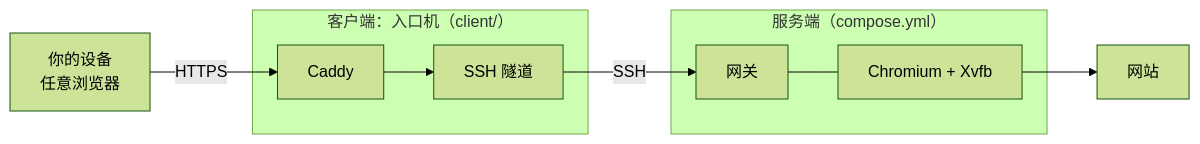
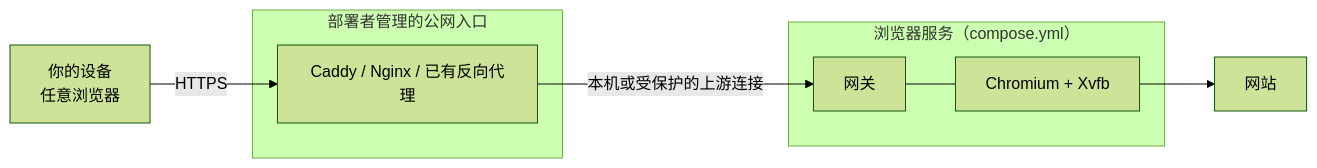
One commit to NotDesigned/remote-claude-browser changed the diagram in README.md. Above: the diagram before and after it, drawn with Mermaid (forest theme). The commit also changed other lines of this file and 61 other files, not shown here.

````diff
--- a/README.md
+++ b/README.md
@@ -27,12 +27,12 @@
 ```mermaid
 flowchart LR
-    U["你的设备<br/>任意浏览器"] -->|HTTPS| C
-    subgraph entry ["客户端：入口机（client/）"]
-      C["Caddy"] --> T["SSH 隧道"]
+    U["你的设备<br/>任意浏览器"] -->|HTTPS| E
+    subgraph entry ["部署者管理的公网入口"]
+      E["Caddy / Nginx / 已有反向代理"]
     end
-    T -->|SSH| S
-    subgraph host ["服务端（compose.yml）"]
+    E -->|本机或受保护的上游连接| S
+    subgraph host ["浏览器服务（compose.yml）"]
       S["网关"] --- B["Chromium + Xvfb"]
     end
     B --> W["网站"]
 ```
````
